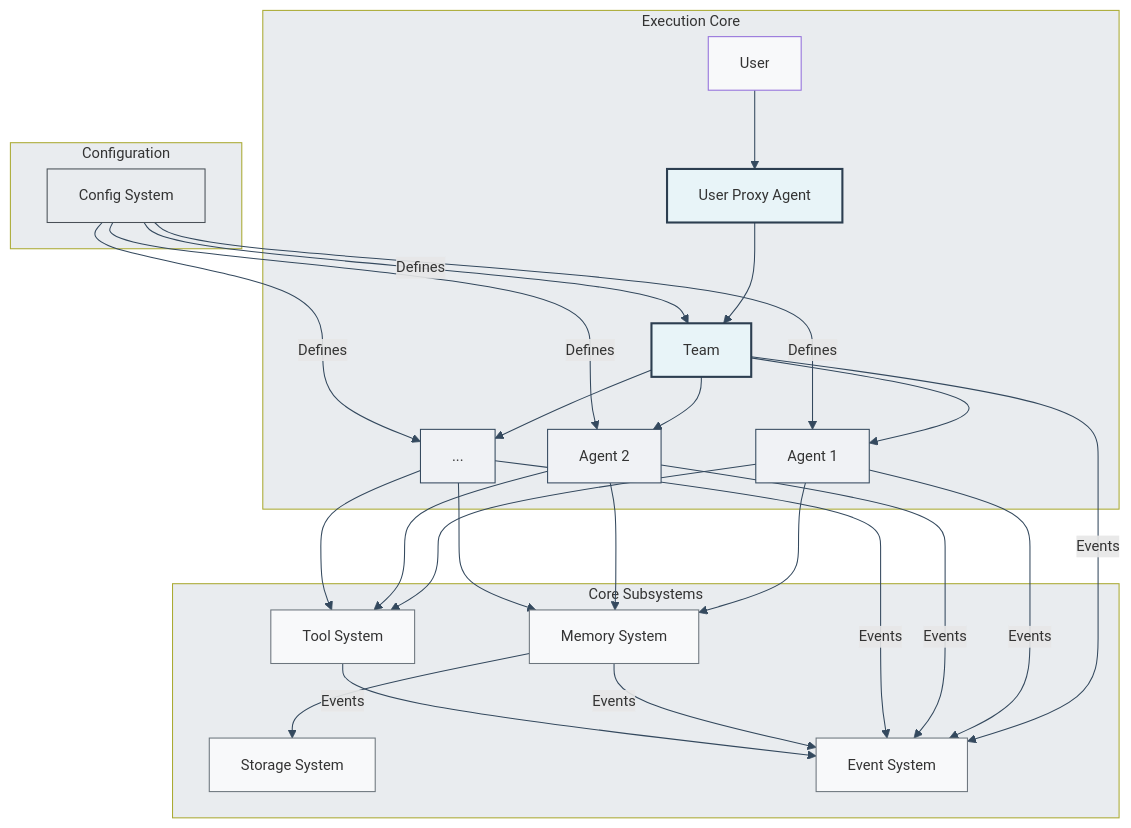
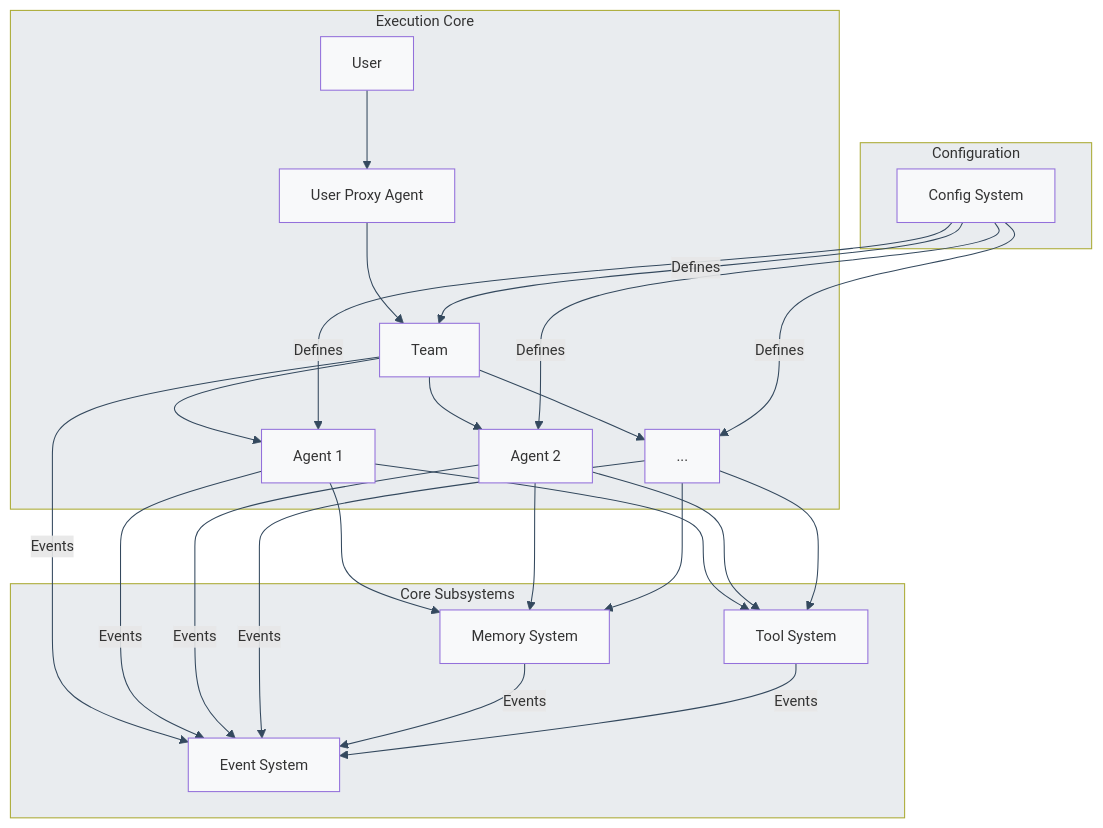
The first of 3 diagrams in docs/system-architecture.md (dustland/roboco), drawn with Mermaid before and after one commit. The commit also changed other lines of this file, not shown here.

Commit message:
docs: restructure system architecture documentation for clarity and update design principles

````diff
--- a/docs/system-architecture.md
+++ b/docs/system-architecture.md
@@ -17,64 +22,48 @@
 ```mermaid
 %%{init: {"theme": "default", "themeVariables": {
   "fontFamily": "Arial, sans-serif",
   "fontSize": "14px",
   "fontWeight": "400",
   "primaryColor": "#f9f9f9",
   "primaryTextColor": "#2c3e50",
   "primaryBorderColor": "#34495e",
   "lineColor": "#34495e",
   "secondaryColor": "#ecf0f1",
   "tertiaryColor": "#ffffff",
   "background": "#ffffff",
   "mainBkg": "#f8f9fa",
   "secondBkg": "#e9ecef",
   "tertiaryBkg": "#dee2e6",
   "nodeBorderRadius": "8px",
   "clusterBorderRadius": "10px"
 }}}%%
 graph TD
     subgraph "Configuration"
         CFS[Config System]
     end
 
     subgraph "Execution Core"
         U[User] --> UPA[User Proxy Agent]
         UPA --> T[Team]
         T --> A1[Agent 1]
         T --> A2[Agent 2]
         T --> AN[...]
     end
 
     subgraph "Core Subsystems"
         MS[Memory System]
         TS[Tool System]
-        SS[Storage System]
         ES[Event System]
     end
 
     CFS -- "Defines" --> T & A1 & A2 & AN
-
-        A1 --> MS & TS
+    A1 --> MS & TS
     A2 --> MS & TS
     AN --> MS & TS
-
-    MS --> SS
-
     T -- "Events" --> ES
     A1 -- "Events" --> ES
     A2 -- "Events" --> ES
     AN -- "Events" --> ES
     MS -- "Events" --> ES
     TS -- "Events" --> ES
-
-    style UPA fill:#e8f4f8,stroke:#2c3e50,stroke-width:2px
-    style T fill:#e8f4f8,stroke:#2c3e50,stroke-width:2px
-    style A1 fill:#f0f2f5,stroke:#34495e,stroke-width:1px
-    style A2 fill:#f0f2f5,stroke:#34495e,stroke-width:1px
-    style AN fill:#f0f2f5,stroke:#34495e,stroke-width:1px
-    style MS fill:#f8f9fa,stroke:#6c757d,stroke-width:1px
-    style TS fill:#f8f9fa,stroke:#6c757d,stroke-width:1px
-    style SS fill:#f8f9fa,stroke:#6c757d,stroke-width:1px
-    style ES fill:#f8f9fa,stroke:#6c757d,stroke-width:1px
-    style CFS fill:#e9ecef,stroke:#495057,stroke-width:1px
 ```
````
